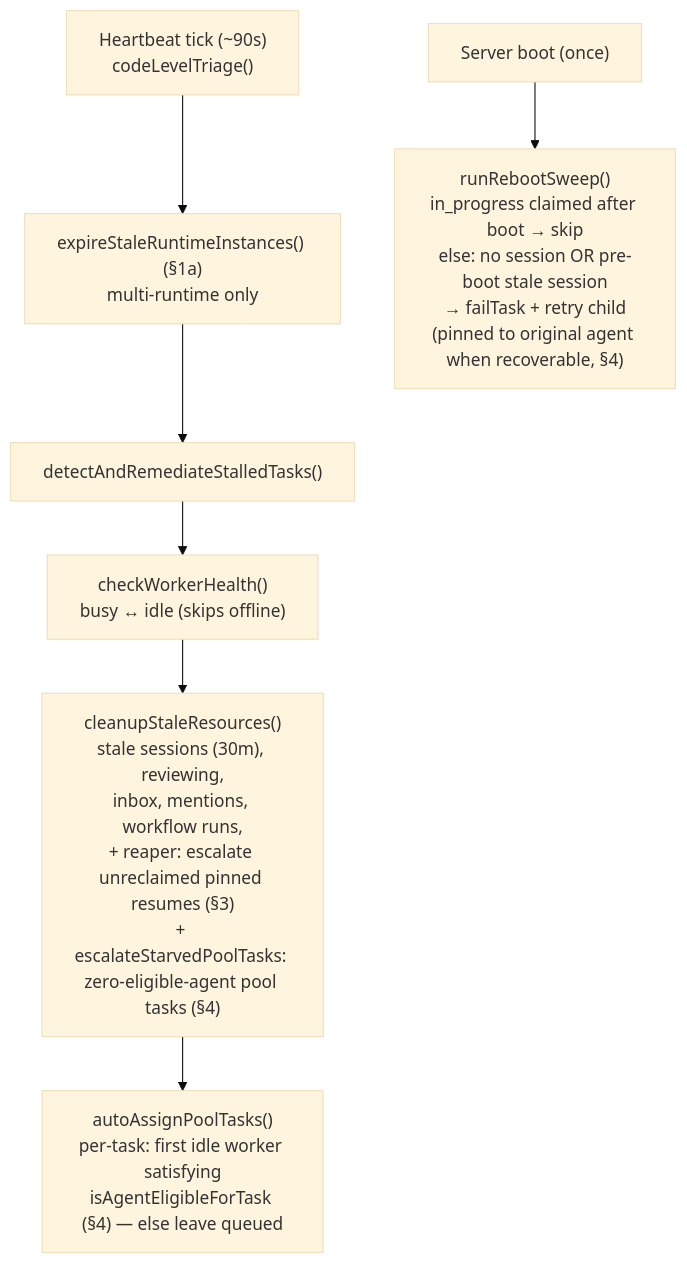
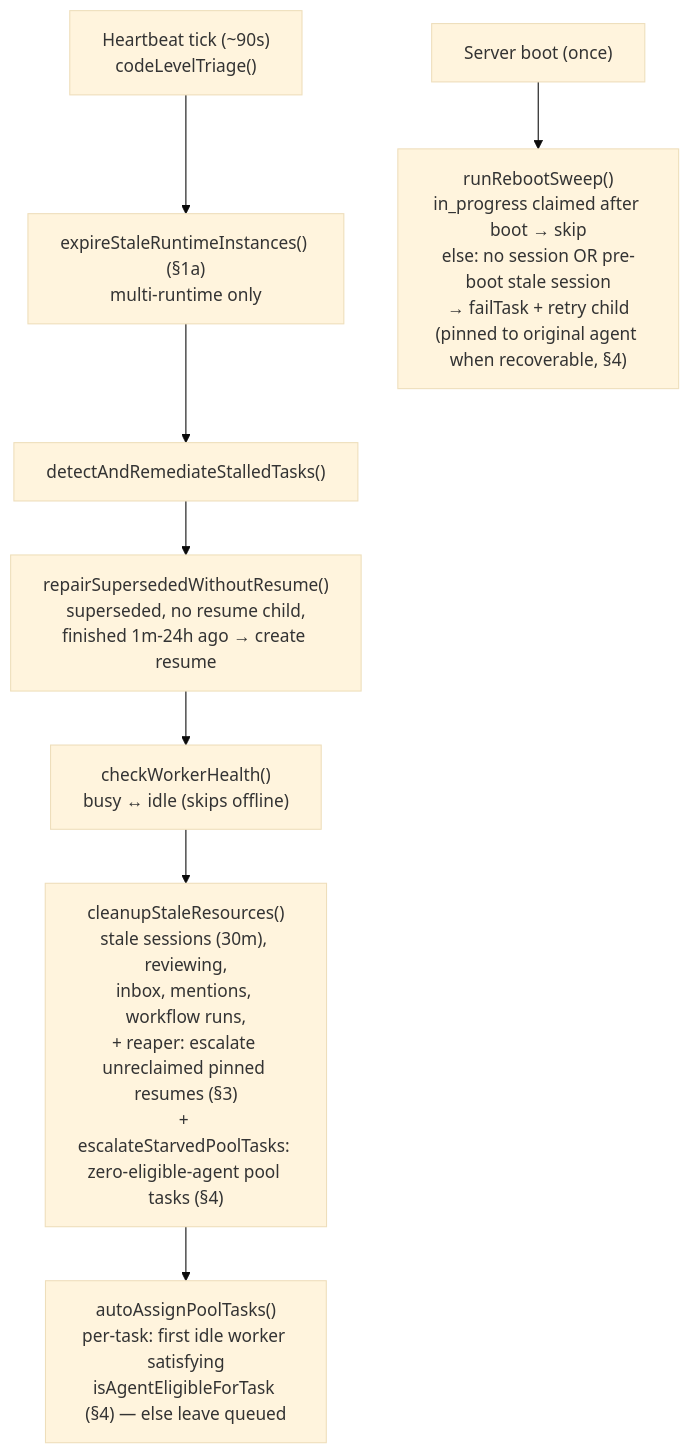
One commit to desplega-ai/agent-swarm changed the first of 4 diagrams in runbooks/heartbeat-crash-recovery.md. Above: the diagram before and after it, drawn with Mermaid (base theme). The commit also changed other lines of this file and 4 other files, not shown here.

First line of the commit message:
fix(heartbeat): create the missing resume for a task superseded without one

````diff
--- a/runbooks/heartbeat-crash-recovery.md
+++ b/runbooks/heartbeat-crash-recovery.md
@@ -15,10 +15,11 @@
 ```mermaid
 flowchart TD
   tick["Heartbeat tick (~90s)<br/>codeLevelTriage()"] --> expire["expireStaleRuntimeInstances() (§1a)<br/>multi-runtime only"]
   expire --> detect["detectAndRemediateStalledTasks()"]
-  detect --> health["checkWorkerHealth()<br/>busy ↔ idle (skips offline)"]
+  detect --> repair["repairSupersededWithoutResume()<br/>superseded, no resume child,<br/>finished 1m-24h ago → create resume"]
+  repair --> health["checkWorkerHealth()<br/>busy ↔ idle (skips offline)"]
   health --> cleanup["cleanupStaleResources()<br/>stale sessions (30m), reviewing,<br/>inbox, mentions, workflow runs,<br/>+ reaper: escalate unreclaimed pinned resumes (§3)<br/>+ escalateStarvedPoolTasks: zero-eligible-agent pool tasks (§4)"]
   cleanup --> assign["autoAssignPoolTasks()<br/>per-task: first idle worker satisfying<br/>isAgentEligibleForTask (§4) — else leave queued"]
 
   boot["Server boot (once)"] --> reboot["runRebootSweep()<br/>in_progress claimed after boot → skip<br/>else: no session OR pre-boot stale session<br/>→ failTask + retry child<br/>(pinned to original agent when recoverable, §4)"]
 ```
````
